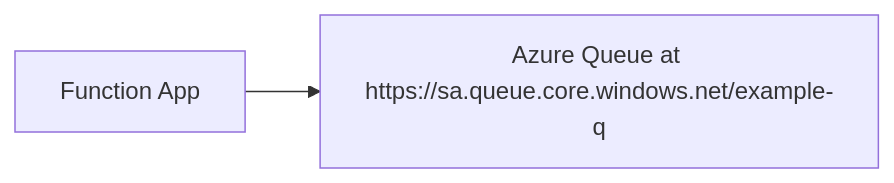
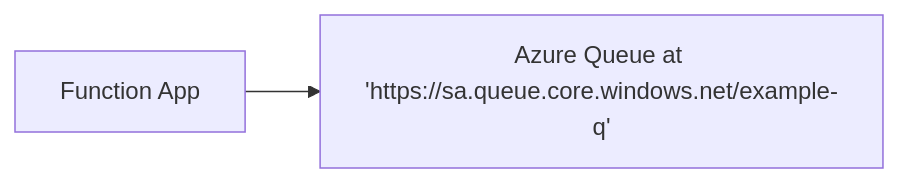
The first of 4 diagrams in README.md (WireMock-Net/WireMock.Net-examples), drawn with Mermaid before and after one commit. The commit also changed other lines of this file, not shown here.

````diff
--- a/README.md
+++ b/README.md
@@ -10,4 +10,4 @@
 ```mermaid
 flowchart LR;
-    A[Function App]-->Q[Azure Queue at https://sa.queue.core.windows.net/example-q]
+    A[Function App]-->Q[Azure Queue at 'https://sa.queue.core.windows.net/example-q']
 ```
````
